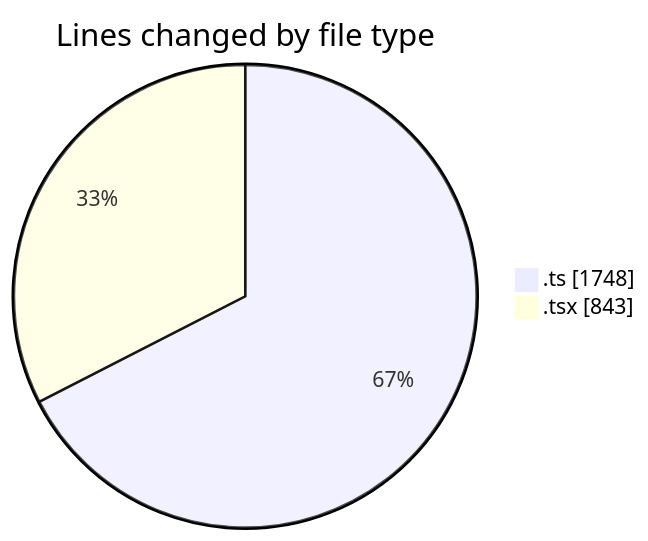
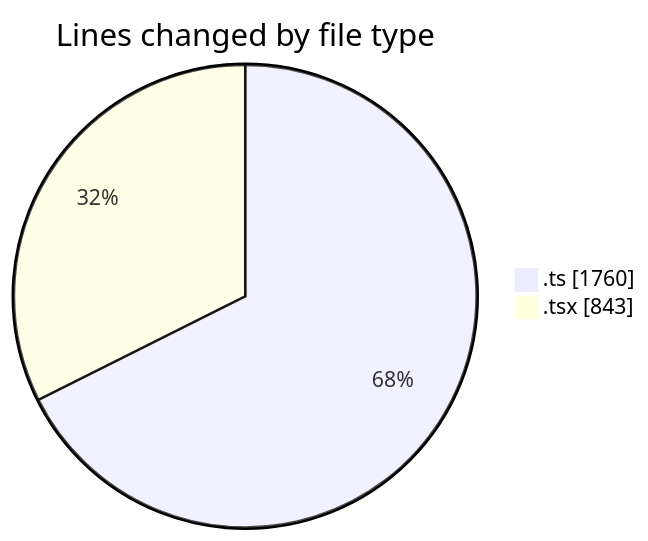
The first of 2 diagrams in 2025-06-22/archive/README.md (JenPaints/code-tracking), drawn with Mermaid before and after one commit. The commit also changed other lines of this file and 1 other file, not shown here.

````diff
--- a/2025-06-22/archive/README.md
+++ b/2025-06-22/archive/README.md
@@ -25,6 +25,6 @@
 ```mermaid
 pie showData
 title Lines changed by file type
-".ts" : 1748
+".ts" : 1760
 ".tsx" : 843
 ```
````
